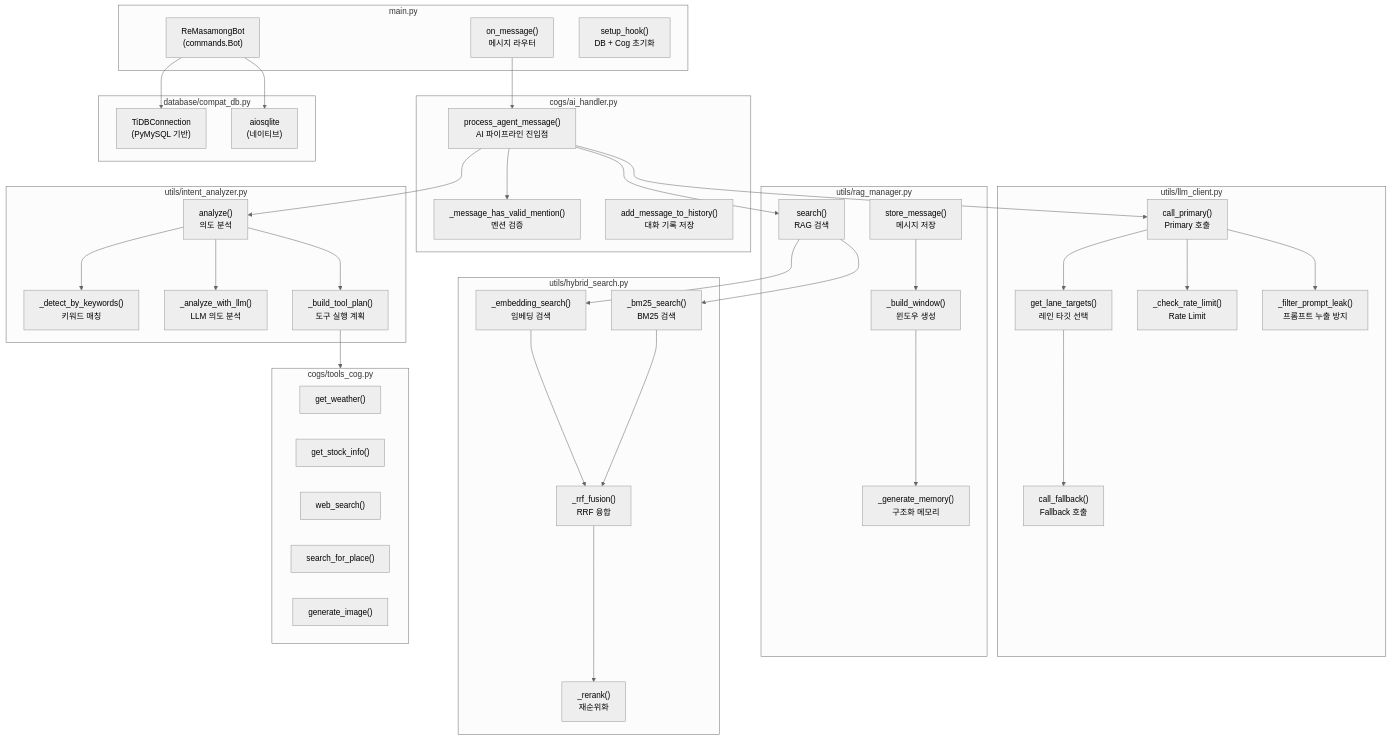
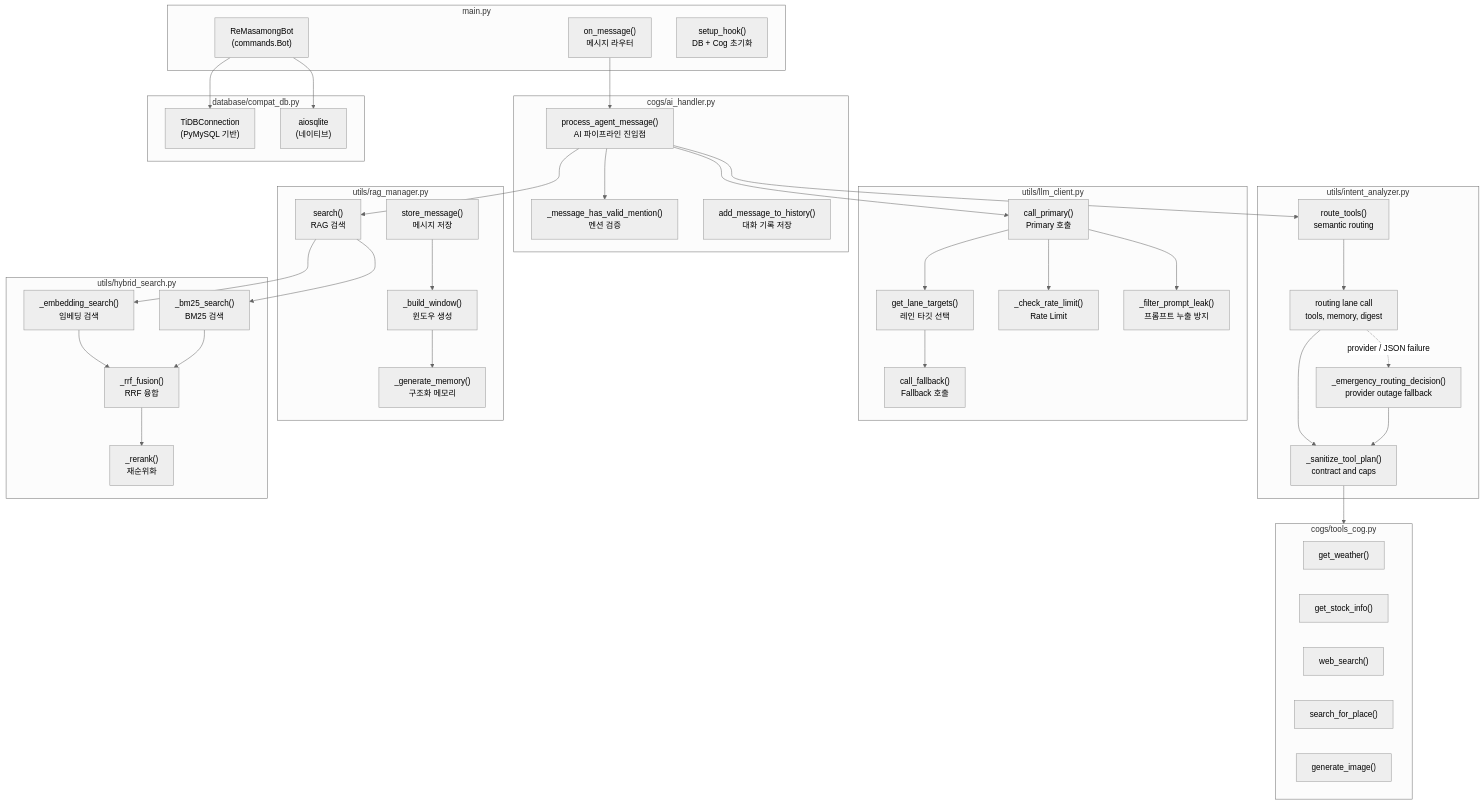
Before and after one commit to kim0040/masamong: the second of 15 diagrams in docs/UML_SPEC.en.md, drawn with Mermaid (neutral theme). The commit also changed other lines of this file and 30 other files, not shown here.

Commit message:
Optimize semantic routing, memory context, and TiDB usage

```diff
--- a/docs/UML_SPEC.en.md
+++ b/docs/UML_SPEC.en.md
@@ -138,10 +138,10 @@
     end
 
     subgraph IntentModule["utils/intent_analyzer.py"]
-        Analyze["analyze()<br/>의도 분석"]
-        KeywordMatch["_detect_by_keywords()<br/>키워드 매칭"]
-        LLMAnalyze["_analyze_with_llm()<br/>LLM 의도 분석"]
-        ToolPlan["_build_tool_plan()<br/>도구 실행 계획"]
+        Analyze["route_tools()<br/>semantic routing"]
+        LLMAnalyze["routing lane call<br/>tools, memory, digest"]
+        ToolPlan["_sanitize_tool_plan()<br/>contract and caps"]
+        Emergency["_emergency_routing_decision()<br/>provider outage fallback"]
     end
 
     subgraph LLMModule["utils/llm_client.py"]
@@ -185,9 +185,10 @@
     ProcessAgent --> SearchRAG
     ProcessAgent --> PrimaryCall
     
-    Analyze --> KeywordMatch
     Analyze --> LLMAnalyze
-    Analyze --> ToolPlan
+    LLMAnalyze --> ToolPlan
+    LLMAnalyze -. "provider / JSON failure" .-> Emergency
+    Emergency --> ToolPlan
 
     ToolPlan --> ToolsModule
 
```
